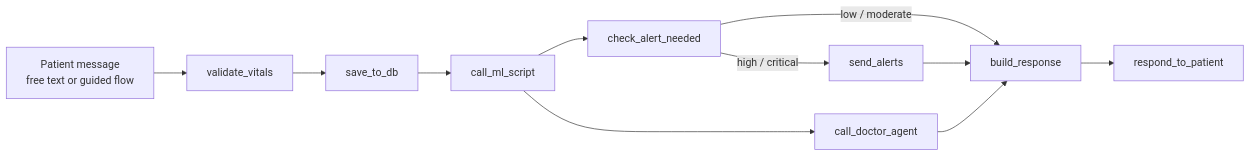
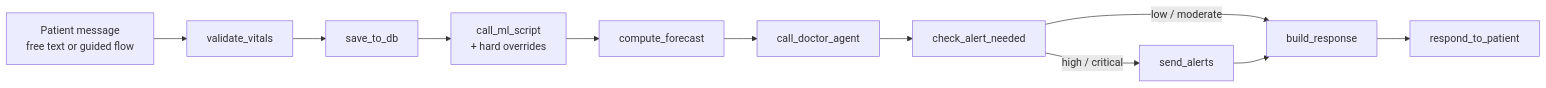
One commit to cmorregof/homecare changed the second of 2 diagrams in README.md. Above: the diagram before and after it, drawn with Mermaid. The commit also changed other lines of this file and 1 other file, not shown here.

First line of the commit message:
Polish README for AIiH 2026: cover art, current architecture, forecast and safety sections

````diff
--- a/README.md
+++ b/README.md
@@ -99,13 +83,13 @@
 ```mermaid
 flowchart LR
     MSG["Patient message<br/>free text or guided flow"] --> VALIDATE["validate_vitals"]
     VALIDATE --> SAVE["save_to_db"]
-    SAVE --> PREDICT["call_ml_script"]
-    PREDICT --> DOCTOR["call_doctor_agent"]
-    PREDICT --> CHECK["check_alert_needed"]
+    SAVE --> PREDICT["call_ml_script<br/>+ hard overrides"]
+    PREDICT --> FC["compute_forecast"]
+    FC --> DOCTOR["call_doctor_agent"]
+    DOCTOR --> CHECK["check_alert_needed"]
     CHECK -->|high / critical| SEND["send_alerts"]
     CHECK -->|low / moderate| BUILD["build_response"]
     SEND --> BUILD
-    DOCTOR --> BUILD
     BUILD --> REPLY["respond_to_patient"]
 ```
````
